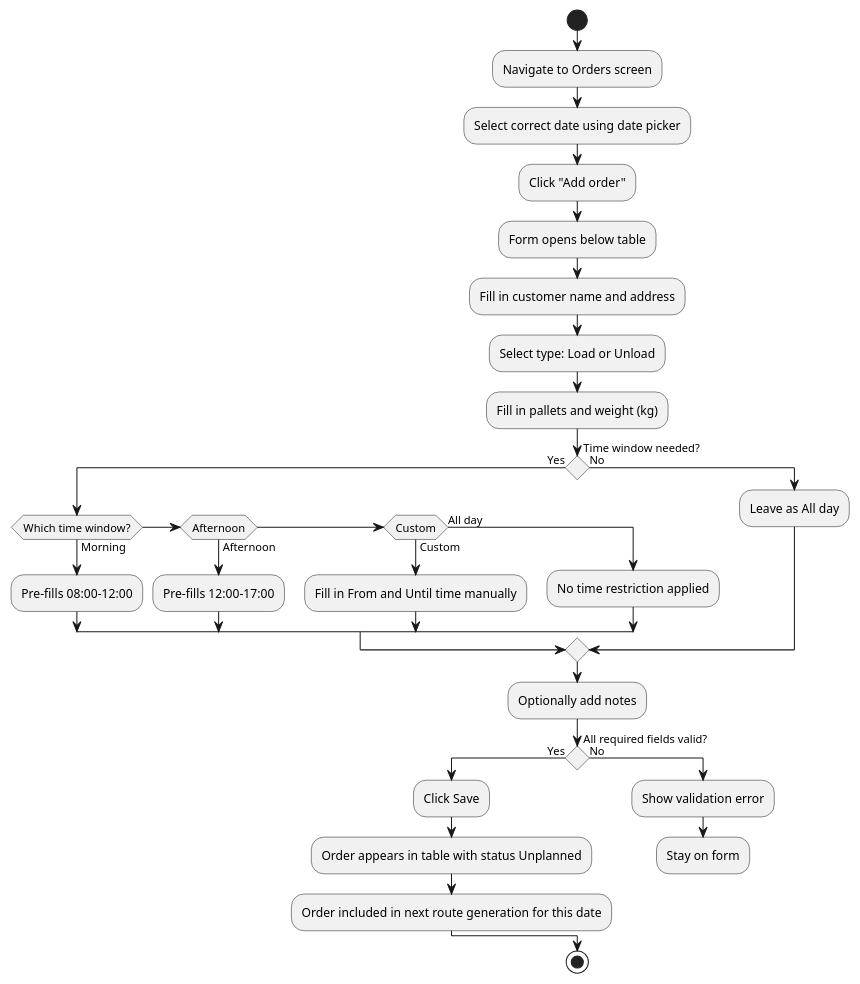
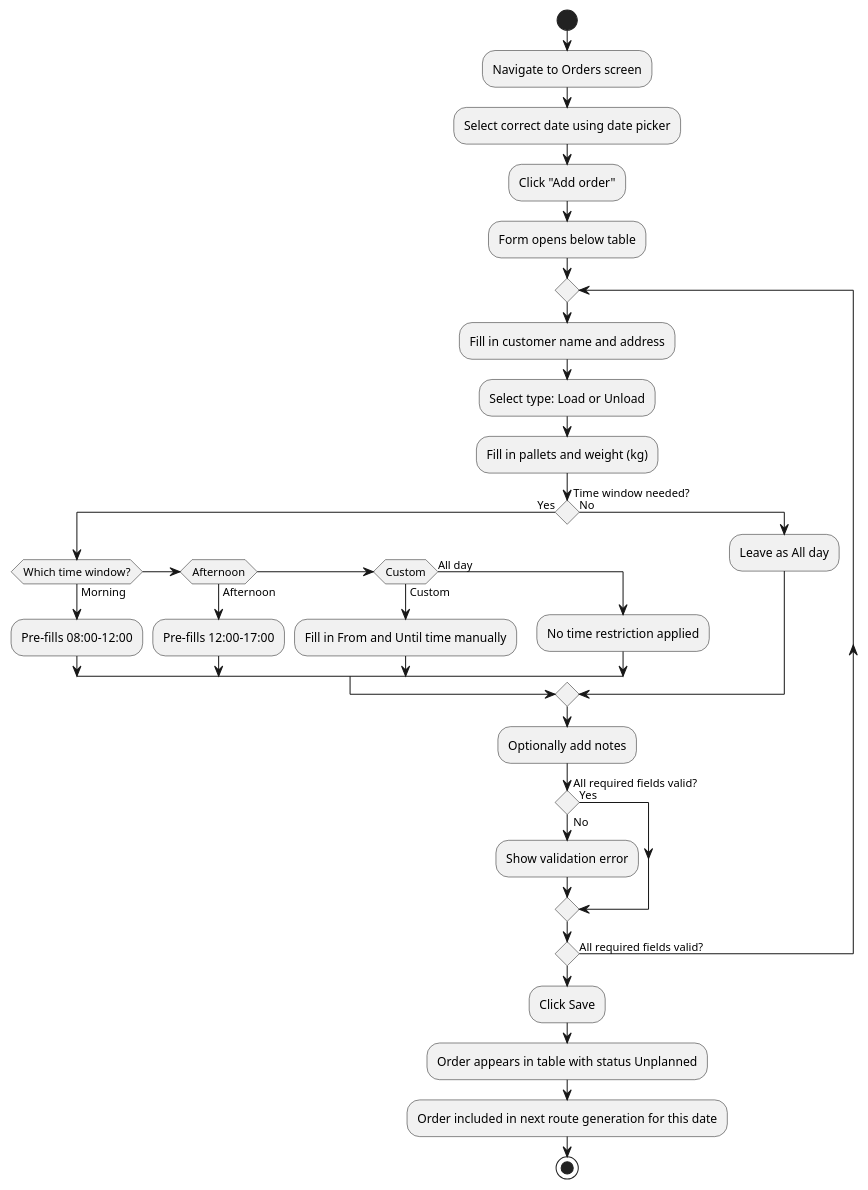
The third of 5 diagrams in functional-design/readme.md (softwharee/gradrepo), drawn with PlantUML before and after one commit. The commit also changed other lines of this file and 1 other file, not shown here.

````diff
--- a/functional-design/readme.md
+++ b/functional-design/readme.md
@@ -634,43 +549,44 @@
 ```plantuml
 @startuml
 skinparam conditionStyle diamond
 
 start
 :Navigate to Orders screen;
 :Select correct date using date picker;
 :Click "Add order";
 :Form opens below table;
 
-:Fill in customer name and address;
-:Select type: Load or Unload;
-:Fill in pallets and weight (kg);
+repeat
+  :Fill in customer name and address;
+  :Select type: Load or Unload;
+  :Fill in pallets and weight (kg);
 
-if (Time window needed?) then (Yes)
-  if (Which time window?) then (Morning)
-    :Pre-fills 08:00–12:00;
-  else if (Afternoon) then (Afternoon)
-    :Pre-fills 12:00–17:00;
-  else if (Custom) then (Custom)
-    :Fill in From and Until time manually;
-  else (All day)
-    :No time restriction applied;
+  if (Time window needed?) then (Yes)
+    if (Which time window?) then (Morning)
+      :Pre-fills 08:00–12:00;
+    else if (Afternoon) then (Afternoon)
+      :Pre-fills 12:00–17:00;
+    else if (Custom) then (Custom)
+      :Fill in From and Until time manually;
+    else (All day)
+      :No time restriction applied;
+    endif
+  else (No)
+    :Leave as All day;
   endif
-else (No)
-  :Leave as All day;
-endif
 
-:Optionally add notes;
+  :Optionally add notes;
 
-if (All required fields valid?) then (Yes)
-  :Click Save;
-  :Order appears in table with status Unplanned;
-  :Order included in next route generation for this date;
-else (No)
-  :Show validation error;
-  :Stay on form;
-  detach
-endif
+  if (All required fields valid?) then (Yes)
+  else (No)
+    :Show validation error;
+  endif
+repeat while (All required fields valid?) is (No)
+
+:Click Save;
+:Order appears in table with status Unplanned;
+:Order included in next route generation for this date;
 
 stop
 @enduml
 ```
````
